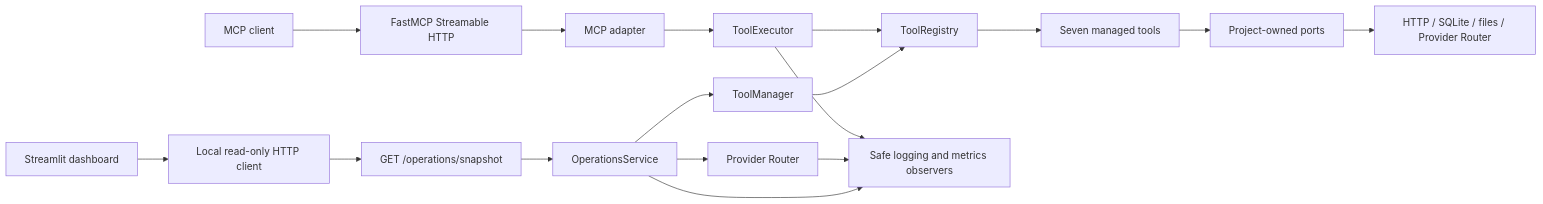
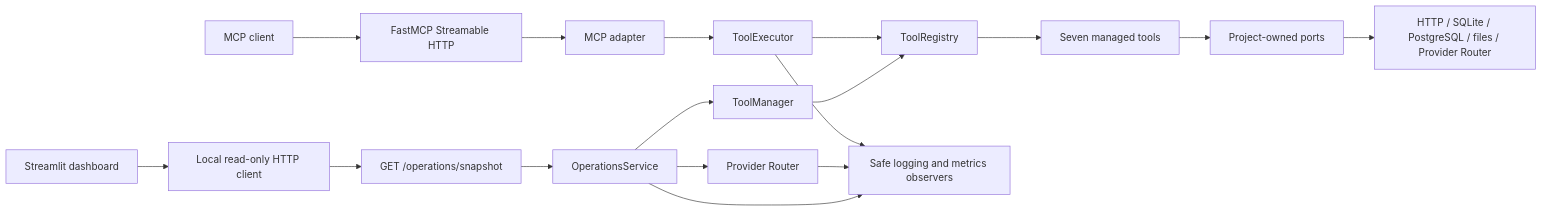
One commit to LeelaissakAttota/ToolBridge-MCP-Server changed the first of 5 diagrams in ARCHITECTURE.md. Above: the diagram before and after it, drawn with Mermaid. The commit also changed other lines of this file and 20 other files, not shown here.

Commit message:
Add PostgreSQL query tool and related updates

````diff
--- a/ARCHITECTURE.md
+++ b/ARCHITECTURE.md
@@ -10,21 +10,21 @@
 ```mermaid
 flowchart LR
     Client["MCP client"] --> Transport["FastMCP Streamable HTTP"]
     Transport --> Adapter["MCP adapter"]
     Adapter --> Executor["ToolExecutor"]
     Executor --> Registry["ToolRegistry"]
     Manager["ToolManager"] --> Registry
     Registry --> Tools["Seven managed tools"]
 
     Tools --> Ports["Project-owned ports"]
-    Ports --> Adapters["HTTP / SQLite / files / Provider Router"]
+    Ports --> Adapters["HTTP / SQLite / PostgreSQL / files / Provider Router"]
     Executor --> Observers["Safe logging and metrics observers"]
     Router["Provider Router"] --> Observers
 
     Dashboard["Streamlit dashboard"] --> ClientAdapter["Local read-only HTTP client"]
     ClientAdapter --> Snapshot["GET /operations/snapshot"]
     Snapshot --> Operations["OperationsService"]
     Operations --> Manager
     Operations --> Router
     Operations --> Observers
 ```
````
